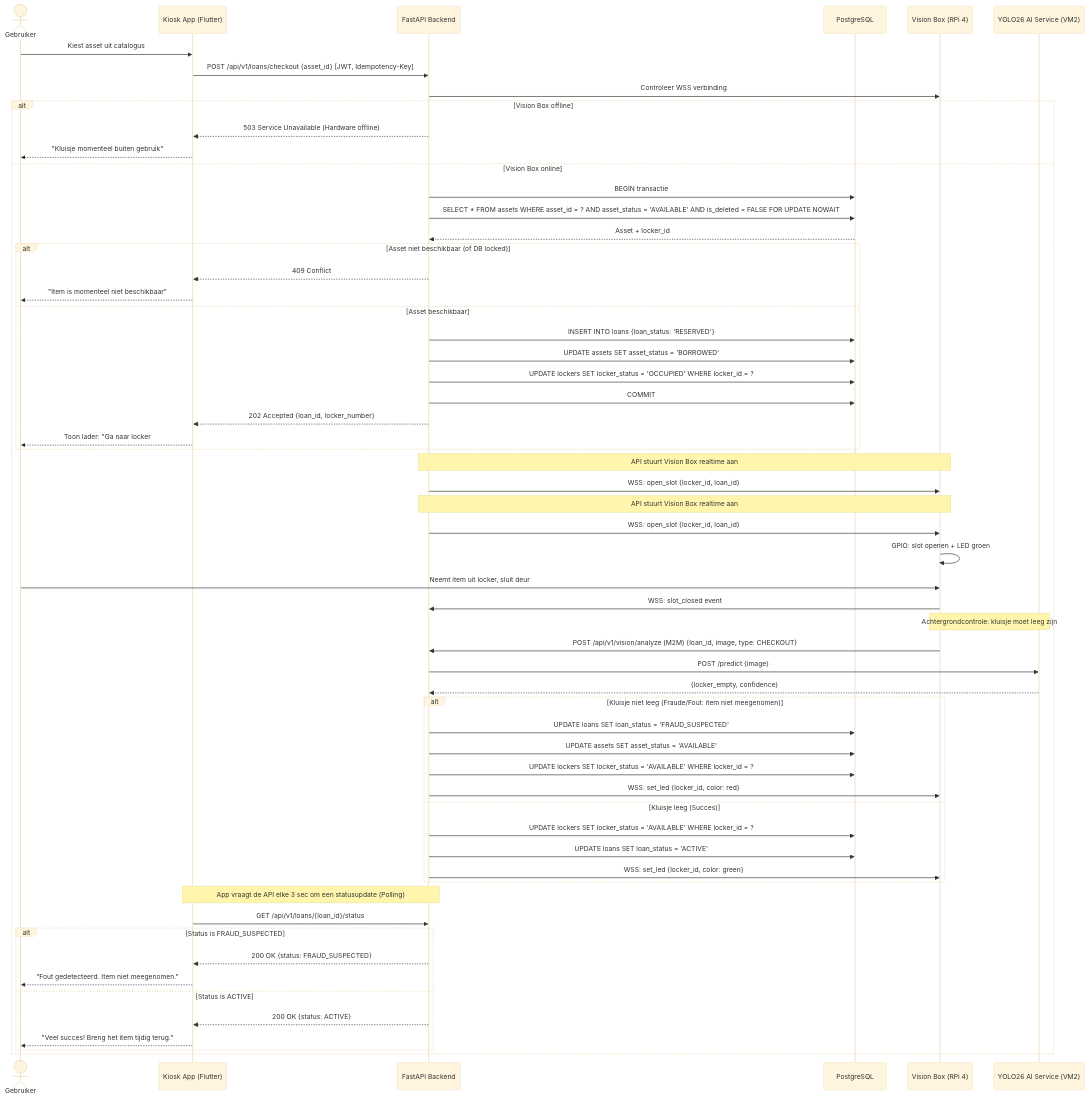
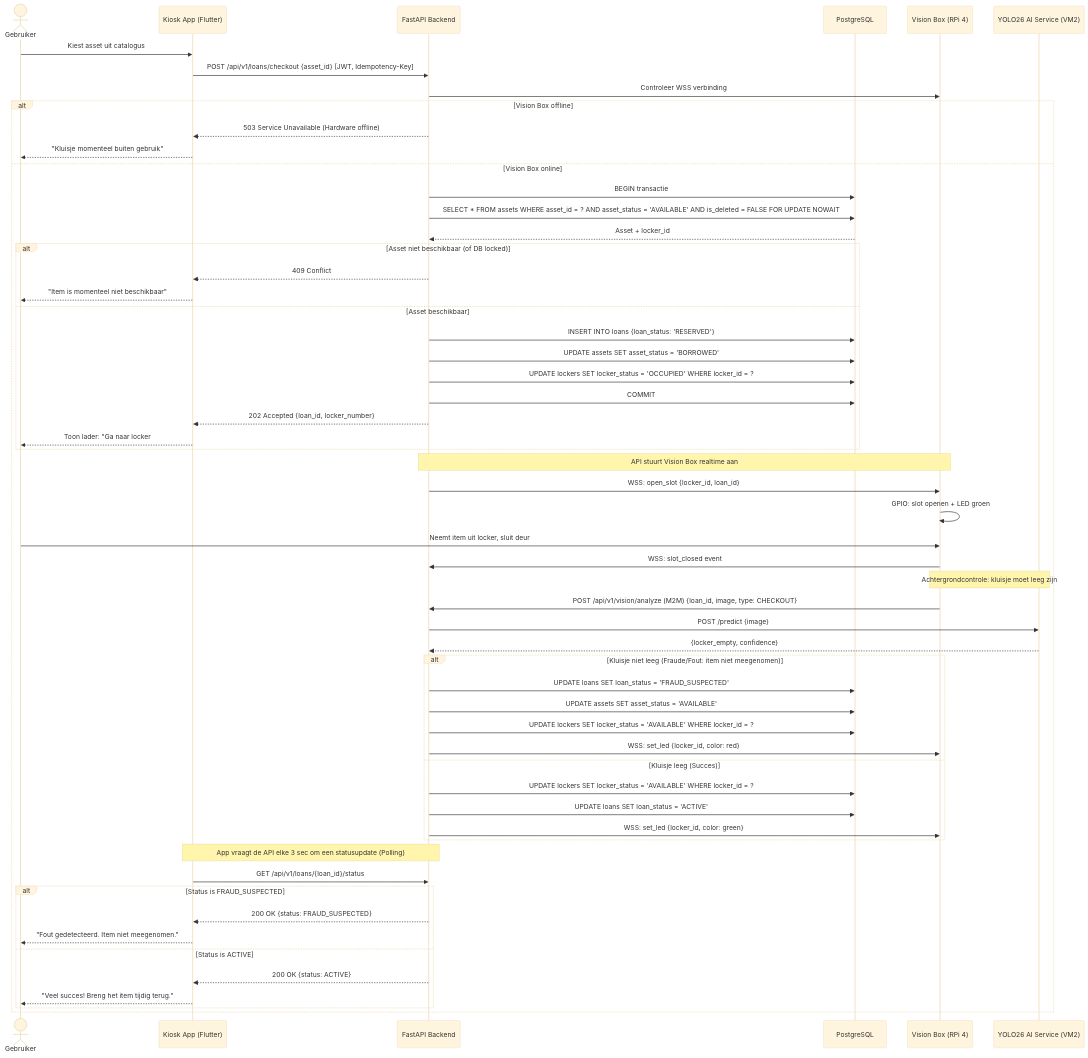
Before and after one commit to easylend-practice-enterprise/easylend: the diagram in docs/diagrams/sequence_checkout.mmd, drawn with Mermaid (base theme).

Commit message:
Potential fix for pull request finding

```diff
--- a/docs/diagrams/sequence_checkout.mmd
+++ b/docs/diagrams/sequence_checkout.mmd
@@ -1,69 +1,67 @@
 sequenceDiagram
     actor User as Gebruiker
     participant App as Kiosk App (Flutter)
     participant API as FastAPI Backend
     participant DB as PostgreSQL
     participant VB as Vision Box (RPi 4)
     participant AI as YOLO26 AI Service (VM2)
 
     User->>App: Kiest asset uit catalogus
     App->>API: POST /api/v1/loans/checkout {asset_id} [JWT, Idempotency-Key]
     
     API->>VB: Controleer WSS verbinding
     alt Vision Box offline
         API-->>App: 503 Service Unavailable (Hardware offline)
         App-->>User: "Kluisje momenteel buiten gebruik"
     else Vision Box online
         API->>DB: BEGIN transactie
         API->>DB: SELECT * FROM assets WHERE asset_id = ? AND asset_status = 'AVAILABLE' AND is_deleted = FALSE FOR UPDATE NOWAIT
         DB-->>API: Asset + locker_id
 
         alt Asset niet beschikbaar (of DB locked)
             API-->>App: 409 Conflict
             App-->>User: "Item is momenteel niet beschikbaar"
         else Asset beschikbaar
             API->>DB: INSERT INTO loans {loan_status: 'RESERVED'}
             API->>DB: UPDATE assets SET asset_status = 'BORROWED'
             API->>DB: UPDATE lockers SET locker_status = 'OCCUPIED' WHERE locker_id = ?
             API->>DB: COMMIT
             API-->>App: 202 Accepted {loan_id, locker_number}
             App-->>User: Toon lader: "Ga naar locker #N"
         end
         
         Note over API,VB: API stuurt Vision Box realtime aan
         API->>VB: WSS: open_slot {locker_id, loan_id}
 
-        Note over API,VB: API stuurt Vision Box realtime aan
-        API->>VB: WSS: open_slot {locker_id, loan_id}
         VB->>VB: GPIO: slot openen + LED groen
 
         User->>VB: Neemt item uit locker, sluit deur
         VB->>API: WSS: slot_closed event
 
         Note over VB,AI: Achtergrondcontrole: kluisje moet leeg zijn
         VB->>API: POST /api/v1/vision/analyze (M2M) {loan_id, image, type: CHECKOUT}
         API->>AI: POST /predict {image}
         AI-->>API: {locker_empty, confidence}
 
         alt Kluisje niet leeg (Fraude/Fout: item niet meegenomen)
             API->>DB: UPDATE loans SET loan_status = 'FRAUD_SUSPECTED'
             API->>DB: UPDATE assets SET asset_status = 'AVAILABLE'
             API->>DB: UPDATE lockers SET locker_status = 'AVAILABLE' WHERE locker_id = ?
             API->>VB: WSS: set_led {locker_id, color: red}
         else Kluisje leeg (Succes)
             API->>DB: UPDATE lockers SET locker_status = 'AVAILABLE' WHERE locker_id = ?
             API->>DB: UPDATE loans SET loan_status = 'ACTIVE'
             API->>VB: WSS: set_led {locker_id, color: green}
         end
 
         Note over App,API: App vraagt de API elke 3 sec om een statusupdate (Polling)
         App->>API: GET /api/v1/loans/{loan_id}/status
         
         alt Status is FRAUD_SUSPECTED
             API-->>App: 200 OK {status: FRAUD_SUSPECTED}
             App-->>User: "Fout gedetecteerd. Item niet meegenomen."
         else Status is ACTIVE
             API-->>App: 200 OK {status: ACTIVE}
             App-->>User: "Veel succes! Breng het item tijdig terug."
         end
     end
```
